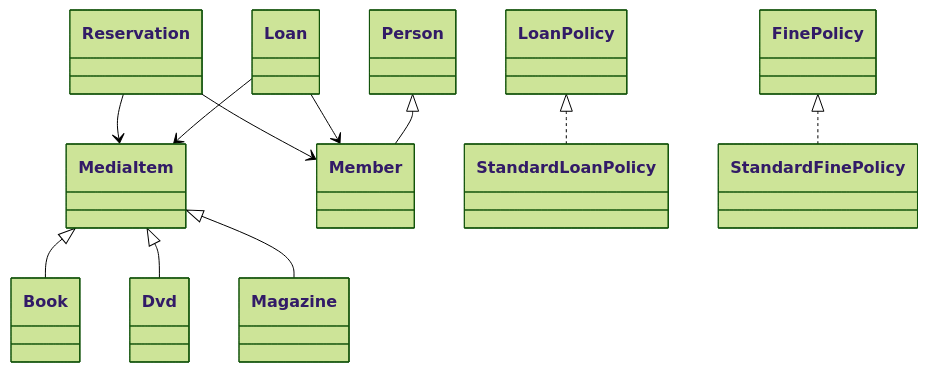
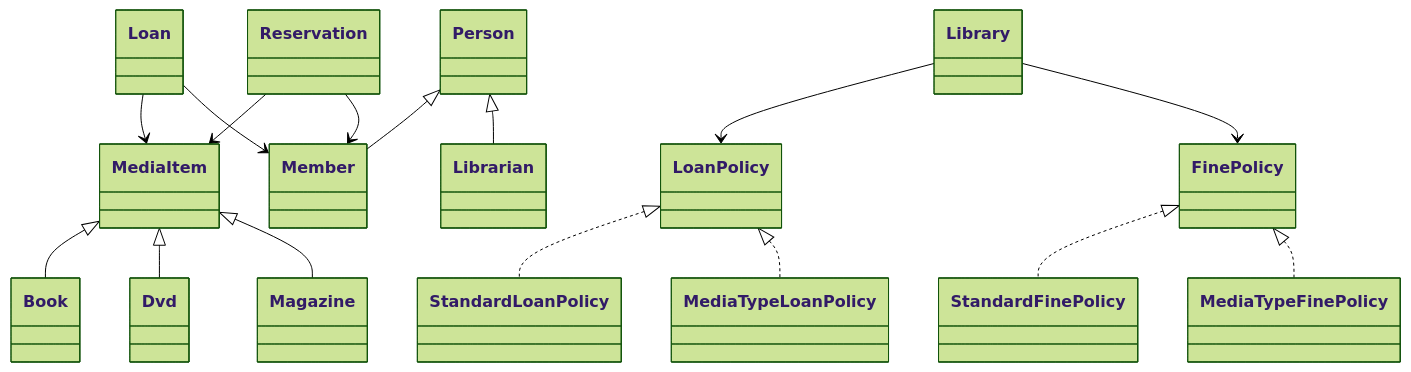
One commit to Leo-Baldwin/library-management-system changed the diagram in README.md. Above: the diagram before and after it, drawn with Mermaid (forest theme). The commit also changed other lines of this file, not shown here.

First line of the commit message:
Update README with Maven build instructions and complete class diagram

````diff
--- a/README.md
+++ b/README.md
@@ -36,24 +36,30 @@
 ```mermaid
 classDiagram
     class MediaItem
     class Book
     class Dvd
     class Magazine
     class Person
     class Member
+    class Librarian
     class Loan
     class Reservation
     class LoanPolicy
     class FinePolicy
 
     MediaItem <|-- Book
     MediaItem <|-- Dvd
     MediaItem <|-- Magazine
     Person <|-- Member
+    Person <|-- Librarian
     Loan --> MediaItem
     Loan --> Member
     Reservation --> MediaItem
     Reservation --> Member
     LoanPolicy <|.. StandardLoanPolicy
+    LoanPolicy <|.. MediaTypeLoanPolicy
     FinePolicy <|.. StandardFinePolicy
+    FinePolicy <|.. MediaTypeFinePolicy
+    Library --> LoanPolicy
+    Library --> FinePolicy
 ```
````
